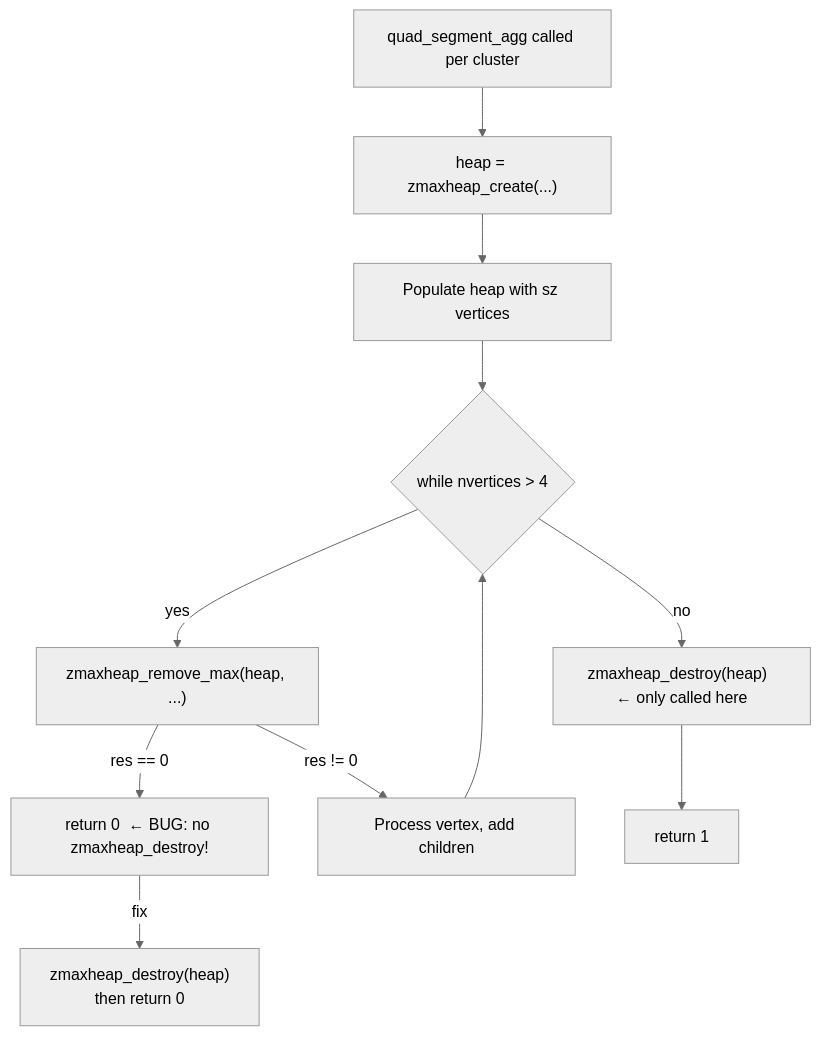
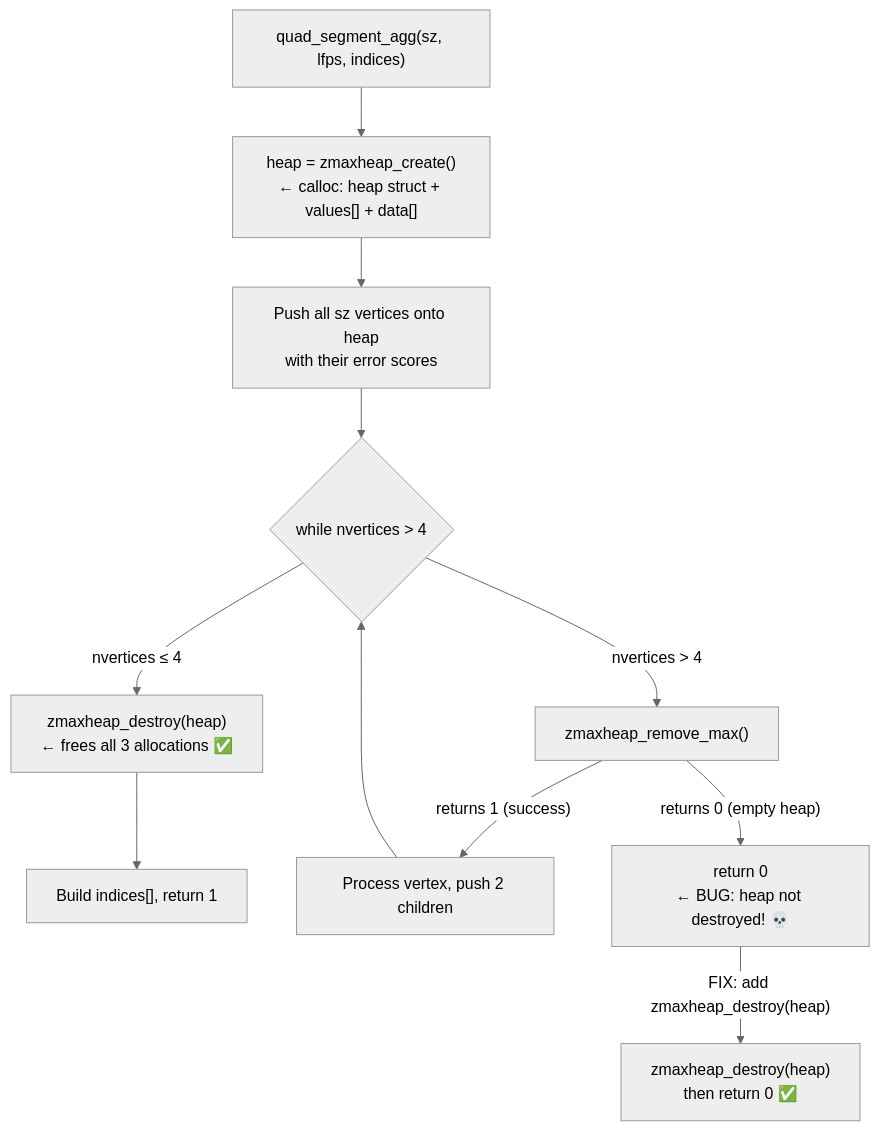
One commit to varun-projects/opencv changed the eighth of 10 diagrams in FIXES_DOCUMENTATION.md. Above: the diagram before and after it, drawn with Mermaid (neutral theme). The commit also changed other lines of this file, not shown here.

Commit message:
docs: enrich all 8 fixes with annotated code comments and implementation background

````diff
--- a/FIXES_DOCUMENTATION.md
+++ b/FIXES_DOCUMENTATION.md
@@ -559,13 +496,14 @@
 ```mermaid
 flowchart TD
-    A[quad_segment_agg called per cluster] --> B["heap = zmaxheap_create(...)"]
-    B --> C[Populate heap with sz vertices]
-    C --> D{while nvertices > 4}
-    D -->|yes| E["zmaxheap_remove_max(heap, ...)"]
-    E -->|res == 0| F["return 0  ← BUG: no zmaxheap_destroy!"]
-    E -->|res != 0| G[Process vertex, add children]
-    G --> D
-    D -->|no| H["zmaxheap_destroy(heap)  ← only called here"]
-    H --> I[return 1]
-    F -->|fix| J["zmaxheap_destroy(heap)\nthen return 0"]
+    A["quad_segment_agg(sz, lfps, indices)"]
+    A --> B["heap = zmaxheap_create()\n← calloc: heap struct + values[] + data[]"]
+    B --> C["Push all sz vertices onto heap\nwith their error scores"]
+    C --> D{"while nvertices > 4"}
+    D -->|"nvertices ≤ 4"| E["zmaxheap_destroy(heap)\n← frees all 3 allocations ✅"]
+    E --> F["Build indices[], return 1"]
+    D -->|"nvertices > 4"| G["zmaxheap_remove_max()"]
+    G -->|"returns 1 (success)"| H["Process vertex, push 2 children"]
+    H --> D
+    G -->|"returns 0 (empty heap)"| I["return 0\n← BUG: heap not destroyed! 💀"]
+    I -->|"FIX: add zmaxheap_destroy(heap)"| J["zmaxheap_destroy(heap)\nthen return 0 ✅"]
 ```
````
